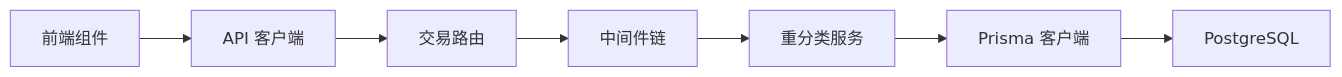
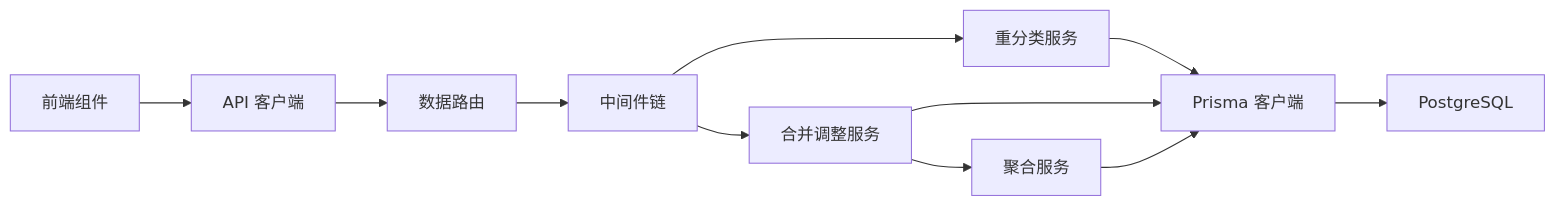
Before and after one commit to Damao997/newproject: diagram 11 of 11 in .qoder/repowiki/zh/content/核心模块/重分类系统.md, drawn with Mermaid. The commit also changed other lines of this file and 27 other files, not shown here.

````diff
--- a/.qoder/repowiki/zh/content/核心模块/重分类系统.md
+++ b/.qoder/repowiki/zh/content/核心模块/重分类系统.md
@@ -330,9 +511,13 @@
 ```mermaid
 graph LR
 FE["前端组件"] --> API["API 客户端"]
-API --> RT["交易路由"]
+API --> RT["数据路由"]
 RT --> MW["中间件链"]
-MW --> SVC["重分类服务"]
-SVC --> PRISMA["Prisma 客户端"]
+MW --> RS["重分类服务"]
+MW --> CS["合并调整服务"]
+RS --> PRISMA["Prisma 客户端"]
+CS --> PRISMA
+AGG["聚合服务"] --> PRISMA
 PRISMA --> DB["PostgreSQL"]
+CS --> AGG
 ```
````
